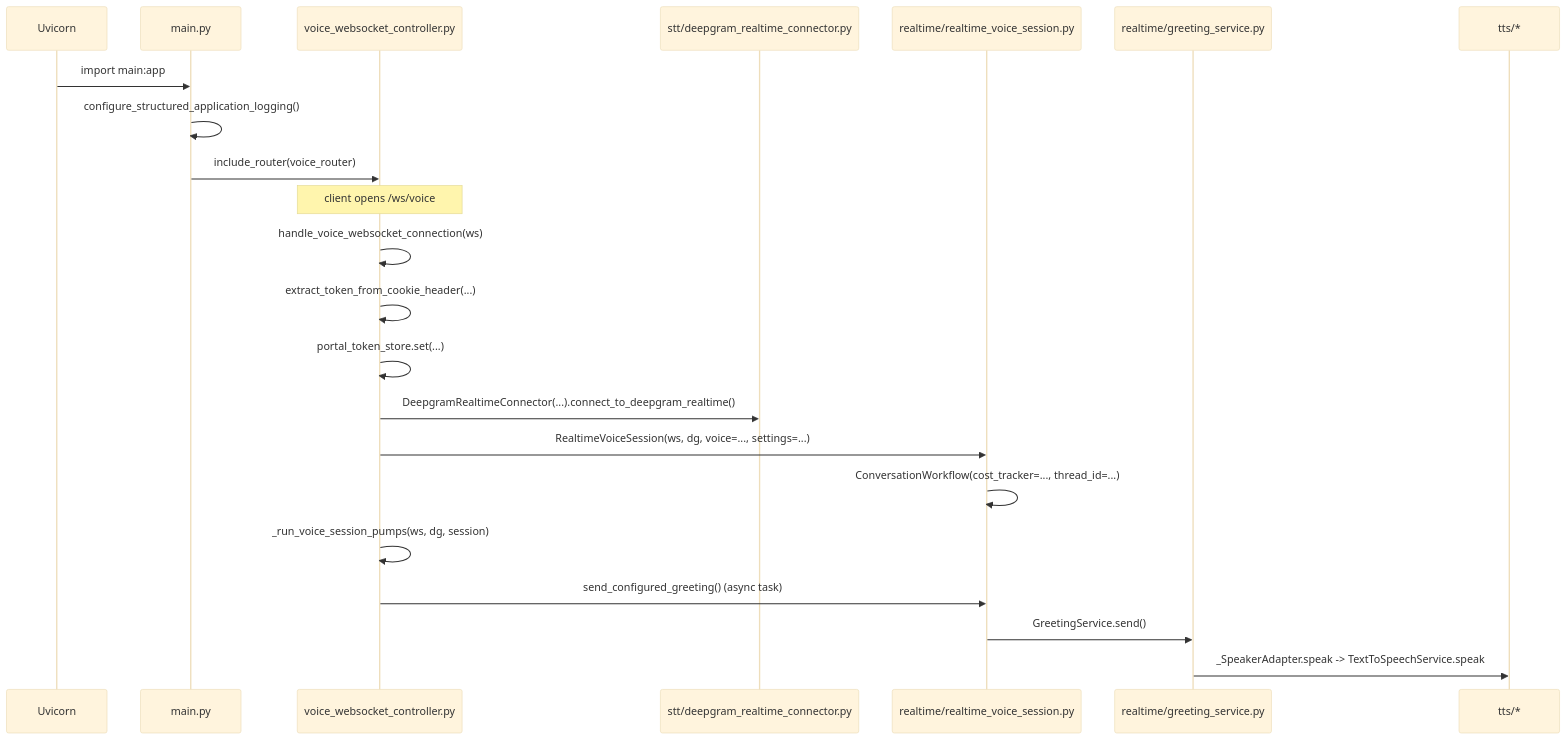
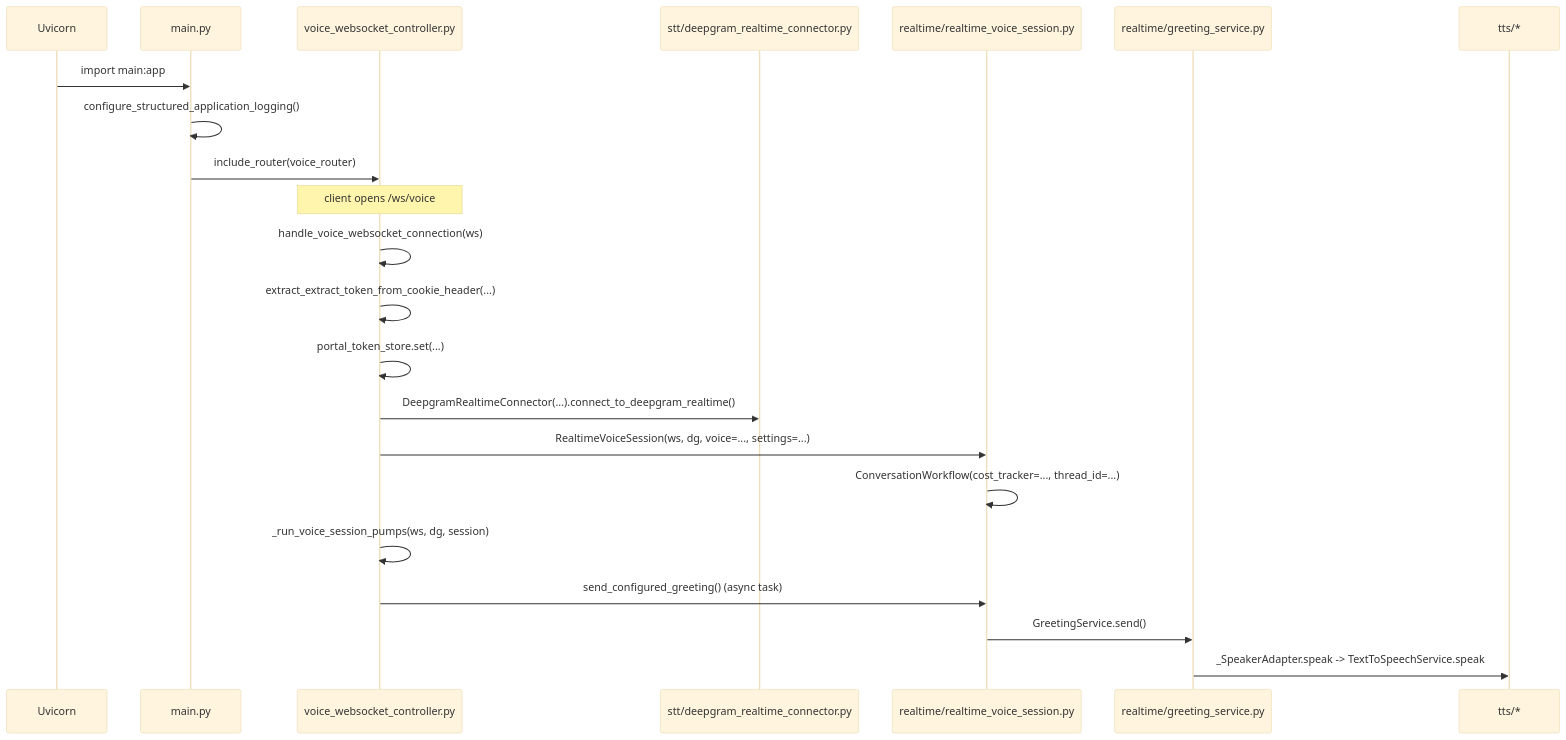
One commit to Bhanupratap0906/chatbot changed the first of 6 diagrams in ARCHITECTURE.md. Above: the diagram before and after it, drawn with Mermaid (base theme). The commit also changed other lines of this file and 83 other files, not shown here.

````diff
--- a/ARCHITECTURE.md
+++ b/ARCHITECTURE.md
@@ -361,24 +356,24 @@
 ```mermaid
 sequenceDiagram
     participant U as Uvicorn
     participant M as main.py
     participant VC as voice_websocket_controller.py
     participant STT as stt/deepgram_realtime_connector.py
     participant VS as realtime/realtime_voice_session.py
     participant G as realtime/greeting_service.py
     participant TTS as tts/*
     U->>M: import main:app
     M->>M: configure_structured_application_logging()
     M->>VC: include_router(voice_router)
     Note over VC: client opens /ws/voice
     VC->>VC: handle_voice_websocket_connection(ws)
-    VC->>VC: extract_token_from_cookie_header(...)
+    VC->>VC: extract_extract_token_from_cookie_header(...)
     VC->>VC: portal_token_store.set(...)
     VC->>STT: DeepgramRealtimeConnector(...).connect_to_deepgram_realtime()
     VC->>VS: RealtimeVoiceSession(ws, dg, voice=..., settings=...)
     VS->>VS: ConversationWorkflow(cost_tracker=..., thread_id=...)
     VC->>VC: _run_voice_session_pumps(ws, dg, session)
     VC->>VS: send_configured_greeting() (async task)
     VS->>G: GreetingService.send()
     G->>TTS: _SpeakerAdapter.speak -> TextToSpeechService.speak
 ```
````
